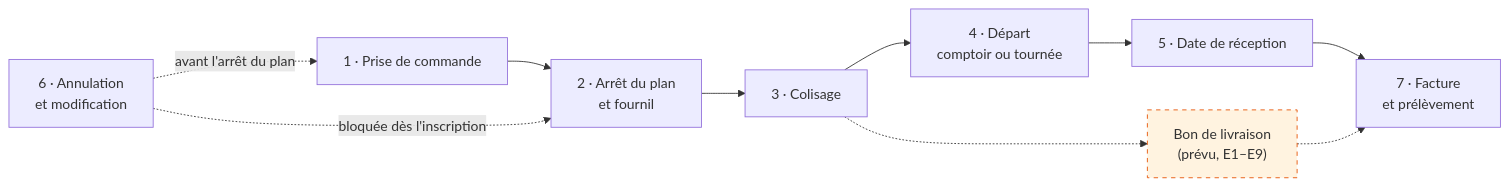
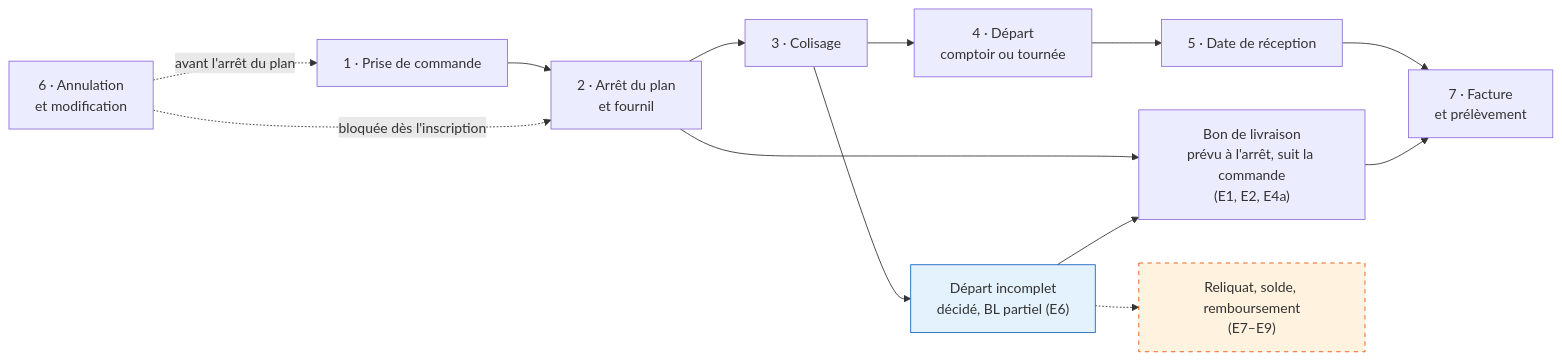
Before and after one commit to hugoheynard/lfd: the first of 11 diagrams in documentation/commandes/parcours-complet.md, drawn with Mermaid. The commit also changed other lines of this file and 113 other files, not shown here.

First line of the commit message:
docs(commandes): le bon de livraison devient une doc d'état, le parcours a trois états

````diff
--- a/documentation/commandes/parcours-complet.md
+++ b/documentation/commandes/parcours-complet.md
@@ -17,13 +27,19 @@
 ```mermaid
 flowchart LR
     S1["1 · Prise de commande"] --> S2["2 · Arrêt du plan<br/>et fournil"]
     S2 --> S3["3 · Colisage"]
     S3 --> S4["4 · Départ<br/>comptoir ou tournée"]
     S4 --> S5["5 · Date de réception"]
     S5 --> S7["7 · Facture<br/>et prélèvement"]
     S6["6 · Annulation<br/>et modification"] -.->|"avant l'arrêt du plan"| S1
     S6 -.->|"bloquée dès l'inscription"| S2
-    BL["Bon de livraison<br/>(prévu, E1–E9)"]:::prevu
-    S3 -.-> BL -.-> S7
+    BL["Bon de livraison<br/>prévu à l'arrêt, suit la commande<br/>(E1, E2, E4a)"]
+    S2 --> BL
+    BL --> S7
+    INC["Départ incomplet<br/>décidé, BL partiel (E6)"]:::bati
+    S3 --> INC --> BL
+    REL["Reliquat, solde, remboursement<br/>(E7–E9)"]:::prevu
+    INC -.-> REL
+    classDef bati fill:#e3f2fd,stroke:#1565c0
     classDef prevu fill:#fff3e0,stroke:#e65100,stroke-dasharray: 5 5
 ```
````
